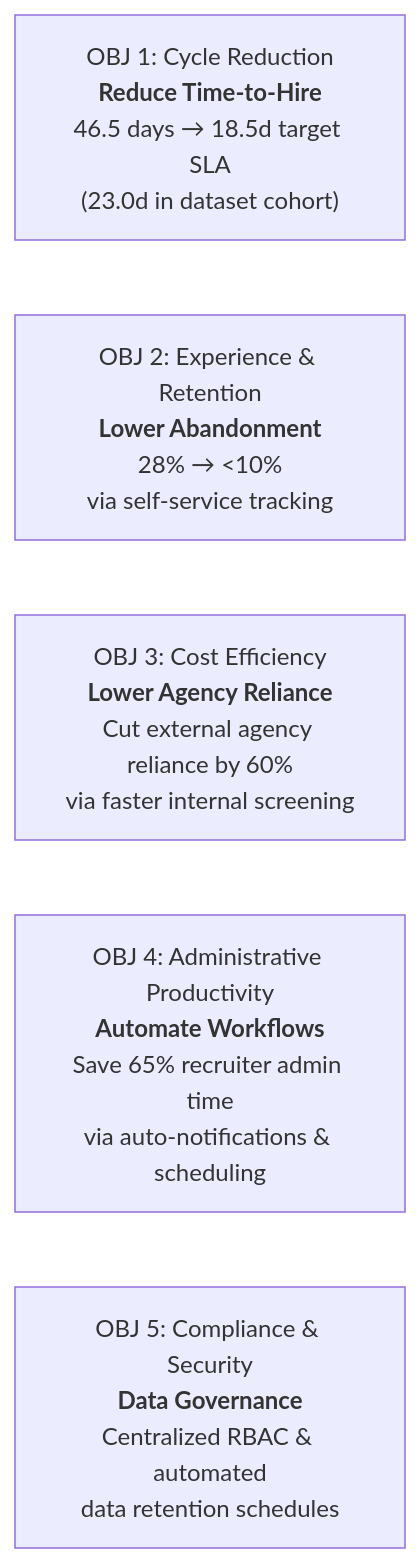
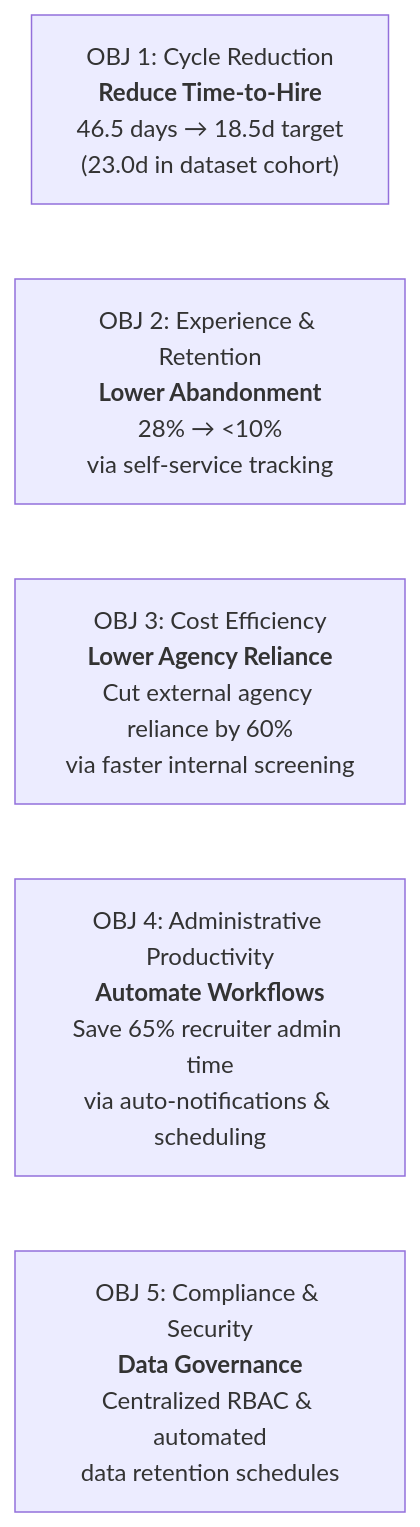
Before and after one commit to namrathach10/recruitment-ats-business-analysis: the second of 4 diagrams in docs/01-project-charter.md, drawn with Mermaid. The commit also changed other lines of this file and 7 other files, not shown here.

````diff
--- a/docs/01-project-charter.md
+++ b/docs/01-project-charter.md
@@ -93,8 +93,8 @@
 ```mermaid
 flowchart LR
-    O1["OBJ 1: Cycle Reduction<br/><b>Reduce Time-to-Hire</b><br/>46.5 days → 18.5d target SLA<br/>(23.0d in dataset cohort)"]
+    O1["OBJ 1: Cycle Reduction<br/><b>Reduce Time-to-Hire</b><br/>46.5 days → 18.5d target<br/>(23.0d in dataset cohort)"]
     O2["OBJ 2: Experience & Retention<br/><b>Lower Abandonment</b><br/>28% → <10%<br/>via self-service tracking"]
     O3["OBJ 3: Cost Efficiency<br/><b>Lower Agency Reliance</b><br/>Cut external agency reliance by 60%<br/>via faster internal screening"]
     O4["OBJ 4: Administrative Productivity<br/><b>Automate Workflows</b><br/>Save 65% recruiter admin time<br/>via auto-notifications & scheduling"]
     O5["OBJ 5: Compliance & Security<br/><b>Data Governance</b><br/>Centralized RBAC & automated<br/>data retention schedules"]
 ```
````
